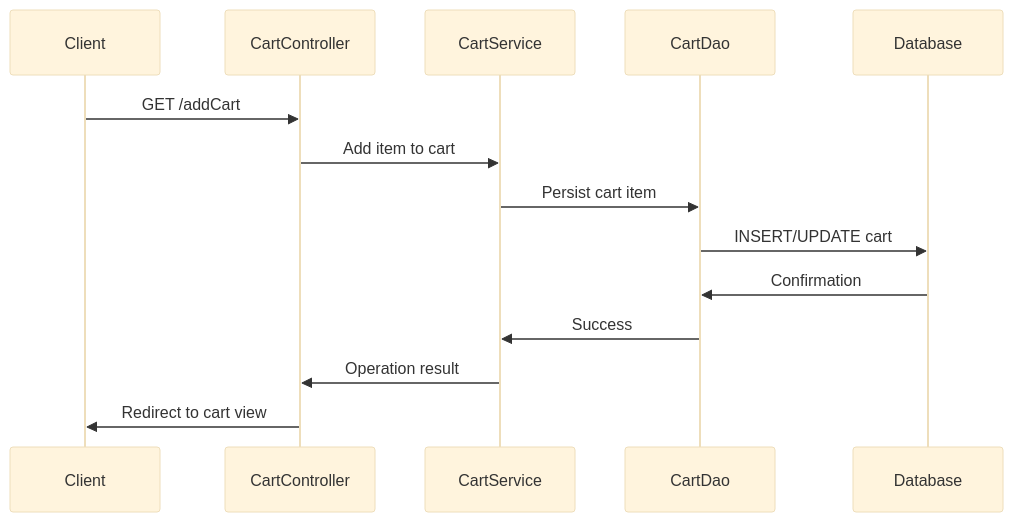
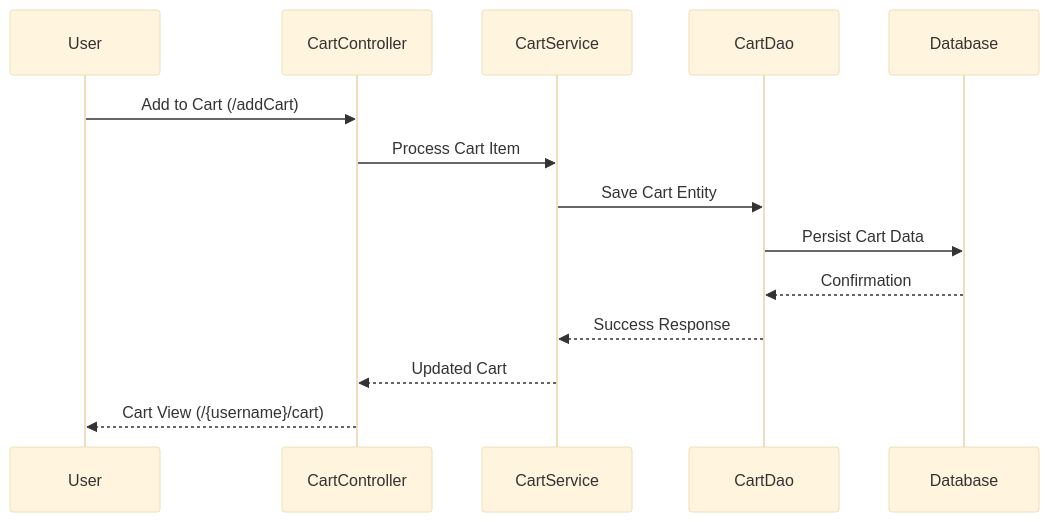
The fourth of 7 diagrams in .kiro/steering/architecture.md (karthikv2206/ECommerce), drawn with Mermaid (base theme) before and after one commit. The commit also changed other lines of this file and 7 other files, not shown here.

````diff
--- a/.kiro/steering/architecture.md
+++ b/.kiro/steering/architecture.md
@@ -930,17 +548,17 @@
 ```mermaid
 sequenceDiagram
-    participant Client
+    participant User
     participant CartController
     participant CartService
     participant CartDao
     participant Database
     
-    Client->>CartController: GET /addCart
-    CartController->>CartService: Add item to cart
-    CartService->>CartDao: Persist cart item
-    CartDao->>Database: INSERT/UPDATE cart
-    Database->>CartDao: Confirmation
-    CartDao->>CartService: Success
-    CartService->>CartController: Operation result
-    CartController->>Client: Redirect to cart view
+    User->>CartController: Add to Cart (/addCart)
+    CartController->>CartService: Process Cart Item
+    CartService->>CartDao: Save Cart Entity
+    CartDao->>Database: Persist Cart Data
+    Database-->>CartDao: Confirmation
+    CartDao-->>CartService: Success Response
+    CartService-->>CartController: Updated Cart
+    CartController-->>User: Cart View (/{username}/cart)
 ```
````
